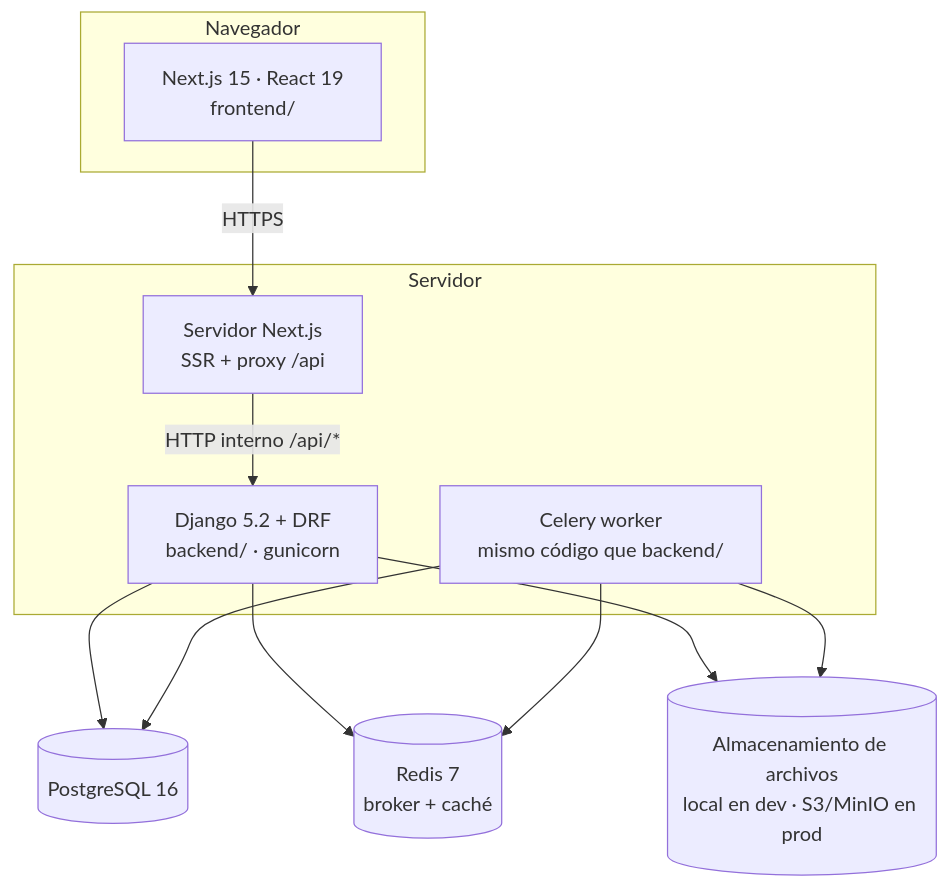
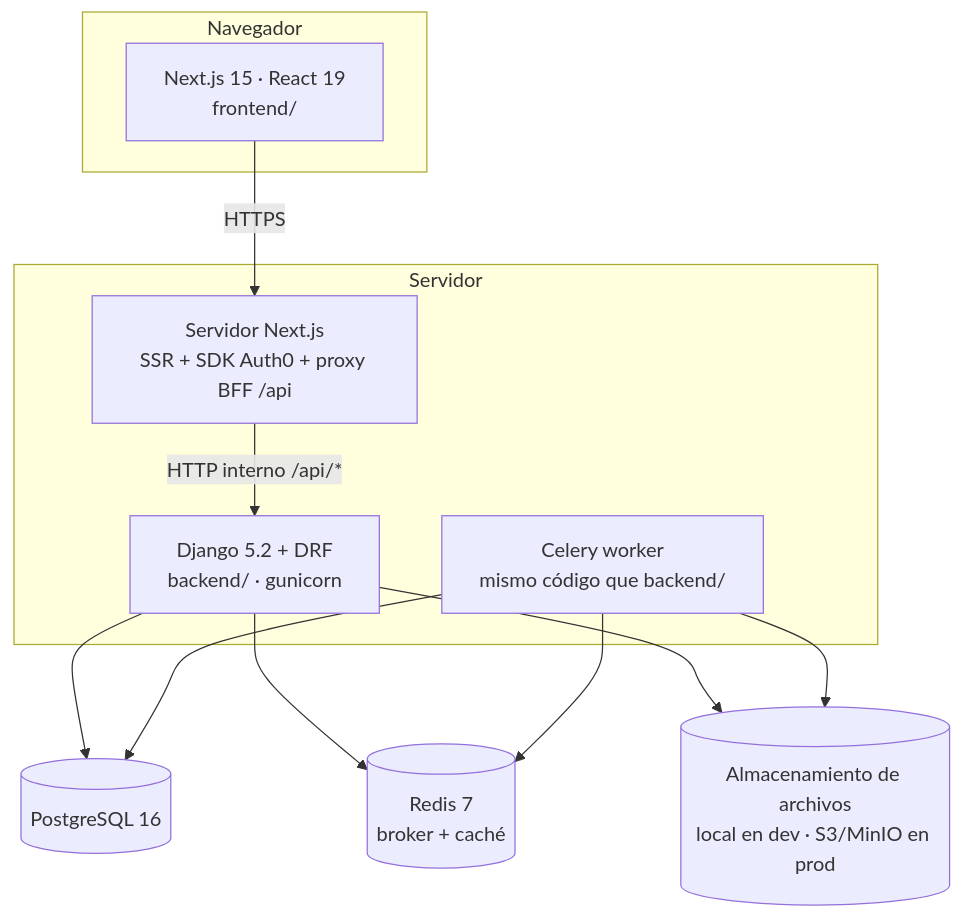
Before and after one commit to riverbonilla1504/rosseta-project: the second of 3 diagrams in docs/03-arquitectura/01-vision-general.md, drawn with Mermaid. The commit also changed other lines of this file and 125 other files, not shown here.

````diff
--- a/docs/03-arquitectura/01-vision-general.md
+++ b/docs/03-arquitectura/01-vision-general.md
@@ -35,22 +35,22 @@
 ```mermaid
 flowchart TB
     subgraph navegador[Navegador]
       web[Next.js 15 · React 19<br/>frontend/]
     end
     subgraph servidor[Servidor]
-      next[Servidor Next.js<br/>SSR + proxy /api]
+      next[Servidor Next.js<br/>SSR + SDK Auth0 + proxy BFF /api]
       api[Django 5.2 + DRF<br/>backend/ · gunicorn]
       worker[Celery worker<br/>mismo código que backend/]
     end
     pg[(PostgreSQL 16)]
     redis[(Redis 7<br/>broker + caché)]
     store[(Almacenamiento de archivos<br/>local en dev · S3/MinIO en prod)]
     web -->|HTTPS| next
     next -->|HTTP interno /api/*| api
     api --> pg
     api --> redis
     api --> store
     worker --> pg
     worker --> redis
     worker --> store
 ```
````
